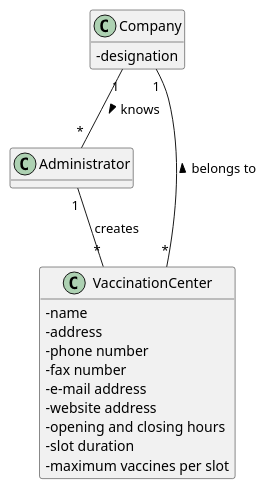
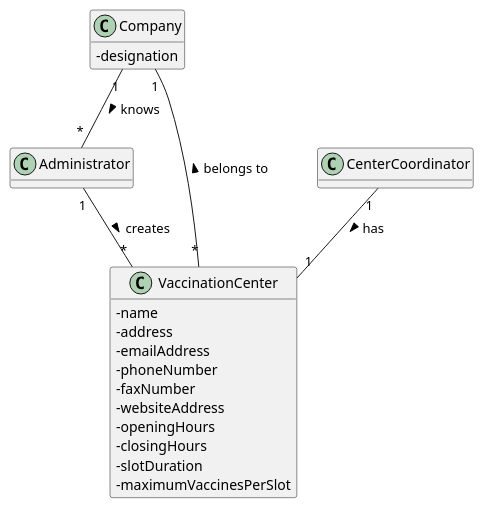
Before and after one commit to miseEnPlace-i/lapr2: the diagram in docs/SprintB/US09/DM/US09_DM.puml, drawn with PlantUML. The commit also changed 1 other file, not shown here.

```diff
--- a/docs/SprintB/US09/DM/US09_DM.puml
+++ b/docs/SprintB/US09/DM/US09_DM.puml
@@ -1,27 +1,32 @@
 @startuml US09_DM
 hide methods
 skinparam classAttributeIconSize 0
 
 class Company {
   -designation 
 }
 
 class VaccinationCenter {
   -name
   -address
-  -phone number
-  -fax number
-  -e-mail address
-  -website address
-  -opening and closing hours
-  -slot duration
-  -maximum vaccines per slot
+  -emailAddress
+  -phoneNumber
+  -faxNumber
+  -websiteAddress
+  -openingHours  
+  -closingHours
+  -slotDuration
+  -maximumVaccinesPerSlot
 }
 
 class Administrator {
+}
 
+class CenterCoordinator {
 }
+
 Company "1" -- "*" Administrator : knows >
-Administrator "1" -- "*" VaccinationCenter : creates 
+Administrator "1" -- "*" VaccinationCenter : creates > 
 VaccinationCenter "*" -- "1" Company : belongs to >
+CenterCoordinator "1" -- "1" VaccinationCenter : has >
 @enduml
```
